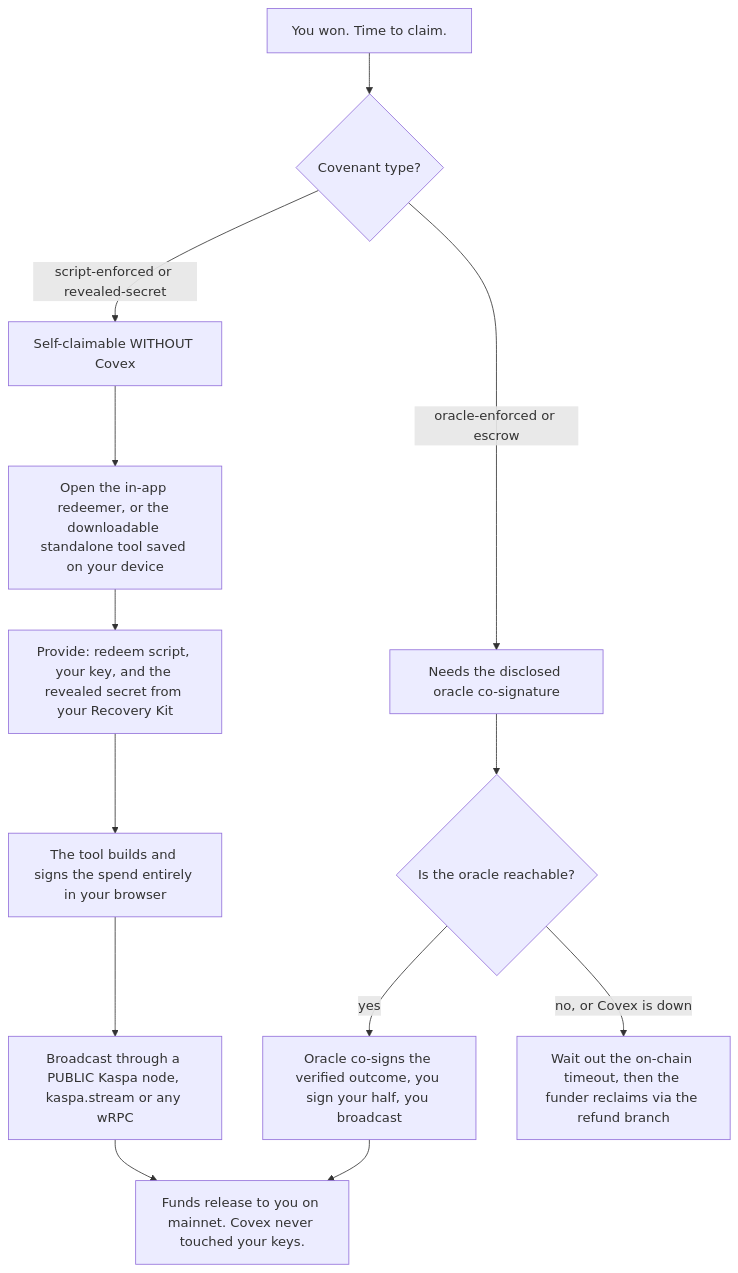
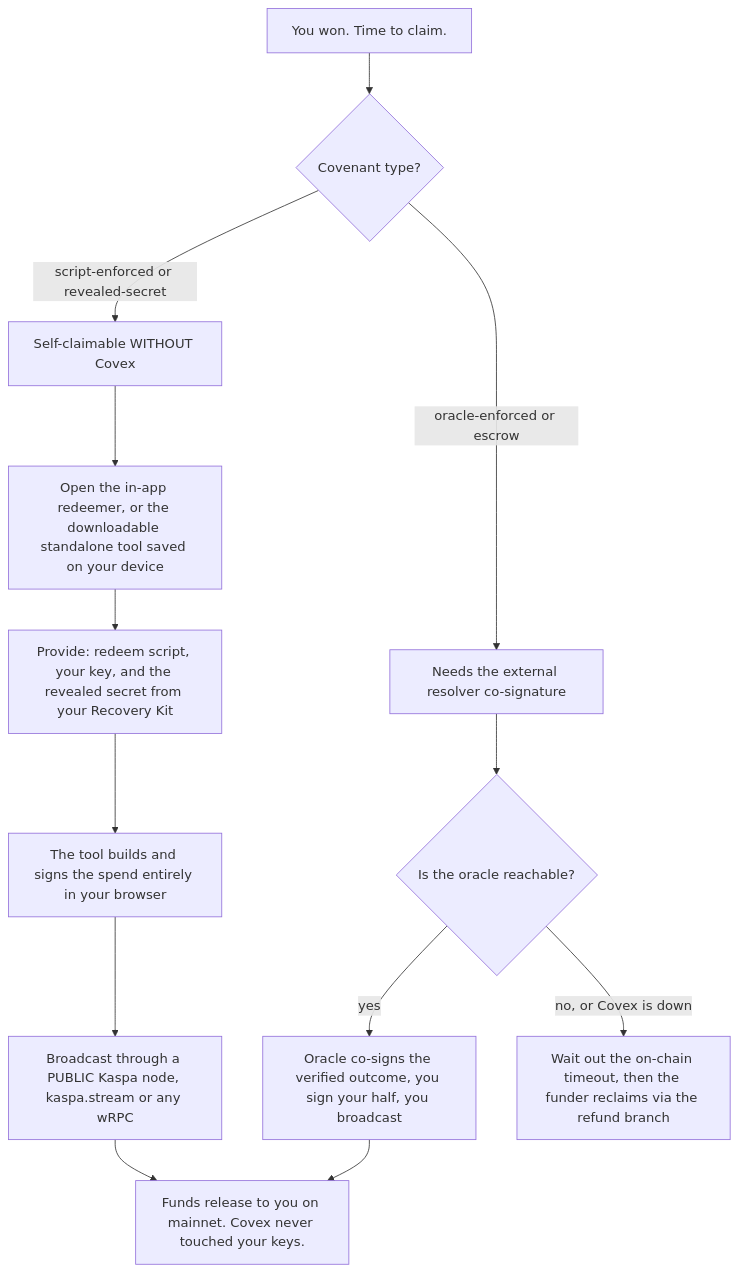
One commit to THTProtocol/Covex27 changed the fourth of 5 diagrams in README.md. Above: the diagram before and after it, drawn with Mermaid. The commit also changed other lines of this file and 66 other files, not shown here.

First line of the commit message:
fix(honesty): there is no Covex oracle - reframe all enforcement copy to external resolver / off-chain verification

````diff
--- a/README.md
+++ b/README.md
@@ -212,17 +212,17 @@
 ```mermaid
 flowchart TD
   W["You won. Time to claim."] --> T{"Covenant type?"}
   T -->|script-enforced or revealed-secret| S1["Self-claimable WITHOUT Covex"]
-  T -->|oracle-enforced or escrow| O1["Needs the disclosed oracle co-signature"]
+  T -->|oracle-enforced or escrow| O1["Needs the external resolver co-signature"]
 
   S1 --> S2["Open the in-app redeemer, or the downloadable standalone tool saved on your device"]
   S2 --> S3["Provide: redeem script, your key, and the revealed secret from your Recovery Kit"]
   S3 --> S4["The tool builds and signs the spend entirely in your browser"]
   S4 --> S5["Broadcast through a PUBLIC Kaspa node, kaspa.stream or any wRPC"]
   S5 --> DONE["Funds release to you on mainnet. Covex never touched your keys."]
 
   O1 --> O2{"Is the oracle reachable?"}
   O2 -->|yes| O3["Oracle co-signs the verified outcome, you sign your half, you broadcast"]
   O2 -->|no, or Covex is down| O4["Wait out the on-chain timeout, then the funder reclaims via the refund branch"]
   O3 --> DONE
 ```
````
